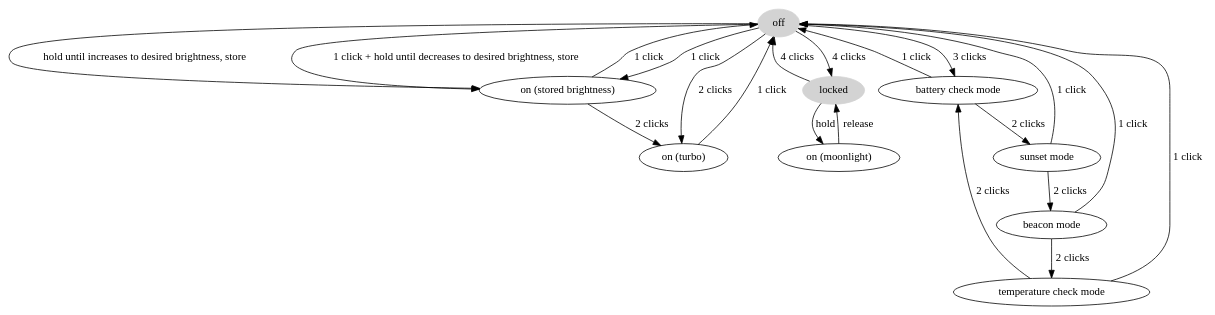
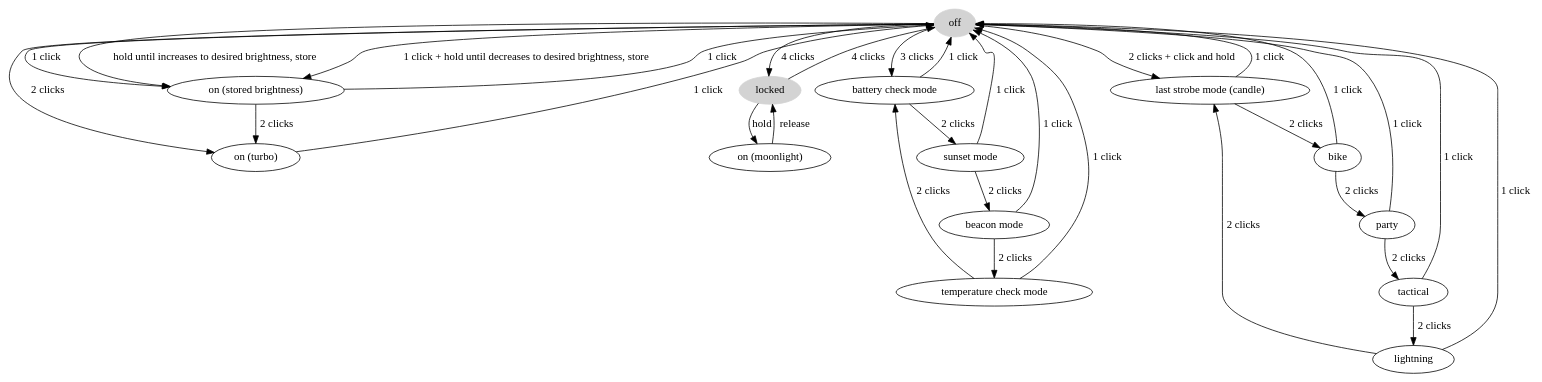
Before and after one commit to mmb/anduril-ui-diagram: the diagram in ui.dot, drawn with Graphviz. The commit also changed 2 other files, not shown here.

Commit message:
Add strobe modes

```diff
--- a/ui.dot
+++ b/ui.dot
@@ -1,30 +1,46 @@
 digraph {
   off[style="filled",color="lightgrey"]
   off -> "on (stored brightness)"[label="1 click"];
   off -> "on (stored brightness)"[label="hold until increases to desired brightness, store"];
   off -> "on (turbo)"[label="2 clicks"];
   off -> "on (stored brightness)"[label="1 click + hold until decreases to desired brightness, store"];
   off -> locked[label="4 clicks"];
   off -> "battery check mode"[label="3 clicks"];
+  off -> "last strobe mode (candle)"[label="2 clicks + click and hold"];
 
   locked[style="filled",color="lightgrey"]
   locked -> off[label="4 clicks"];
   locked -> "on (moonlight)"[label="hold"];
 
   "on (moonlight)" -> "locked"[label="release"];
   "on (stored brightness)" -> off[label="1 click"];
   "on (stored brightness)" -> "on (turbo)"[label="2 clicks"];
   "on (turbo)" -> off[label="1 click"];
 
   "battery check mode" -> "sunset mode"[label="2 clicks"]
   "battery check mode" -> off[label="1 click"]
 
   "sunset mode" -> "beacon mode"[label="2 clicks"]
   "sunset mode" -> off[label="1 click"]
 
   "beacon mode" -> "temperature check mode"[label="2 clicks"]
   "beacon mode" -> off[label="1 click"]
 
   "temperature check mode" -> "battery check mode"[label="2 clicks"]
   "temperature check mode" -> off[label="1 click"]
+
+  "last strobe mode (candle)" -> bike[label="2 clicks"]
+  "last strobe mode (candle)" -> off[label="1 click"]
+
+  bike -> party[label="2 clicks"]
+  bike -> off[label="1 click"]
+
+  party -> tactical[label="2 clicks"]
+  party -> off[label="1 click"]
+
+  tactical -> lightning[label="2 clicks"]
+  tactical -> off[label="1 click"]
+
+  lightning -> "last strobe mode (candle)"[label="2 clicks"]
+  lightning -> off[label="1 click"]
 }
```
